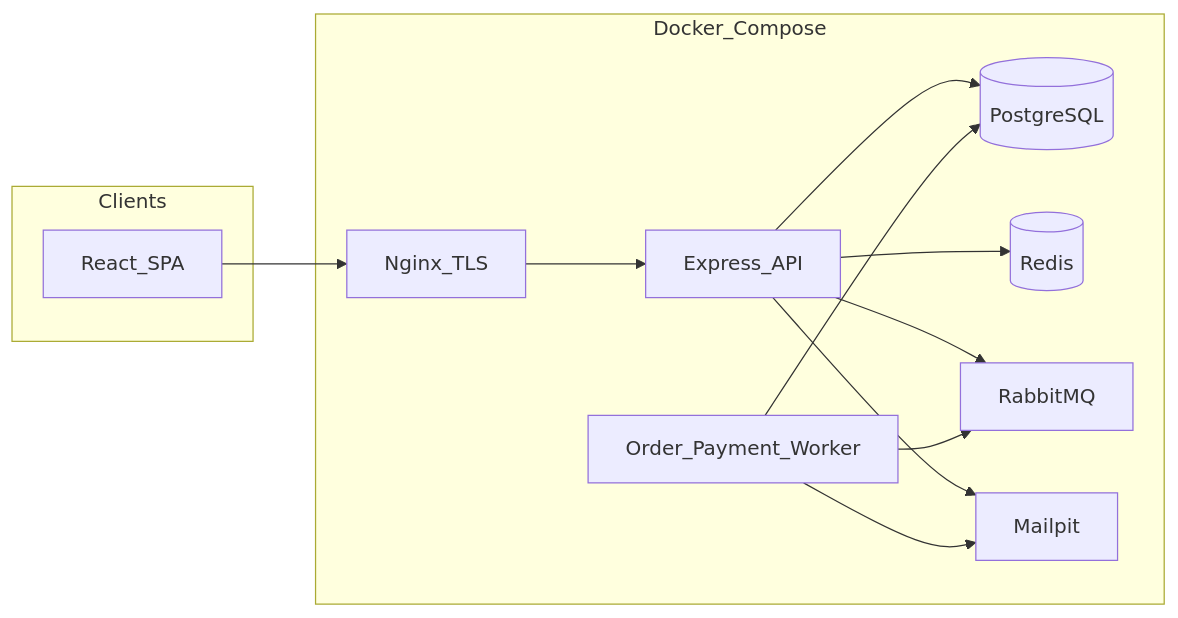
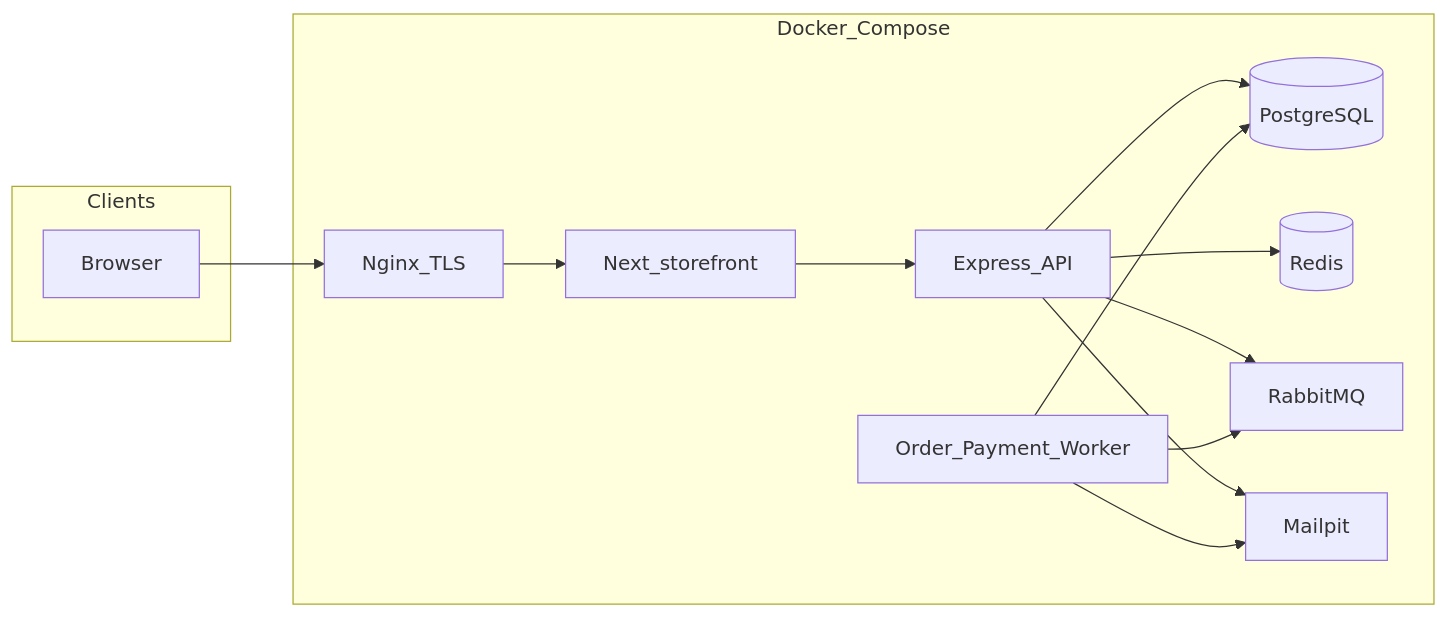
Before and after one commit to AlluFI/webshop: the first of 5 diagrams in PROJECT_MASTER_PLAN.md, drawn with Mermaid. The commit also changed other lines of this file and 96 other files, not shown here.

````diff
--- a/PROJECT_MASTER_PLAN.md
+++ b/PROJECT_MASTER_PLAN.md
@@ -71,24 +71,26 @@
 ```mermaid
 flowchart LR
   subgraph clients [Clients]
-    Web[React_SPA]
+    Browser[Browser]
   end
   subgraph docker [Docker_Compose]
     Nginx[Nginx_TLS]
+    Web[Next_storefront]
     Api[Express_API]
     Worker[Order_Payment_Worker]
     Pg[(PostgreSQL)]
     Redis[(Redis)]
     Mq[RabbitMQ]
     Mail[Mailpit]
   end
-  Web --> Nginx
-  Nginx --> Api
+  Browser --> Nginx
+  Nginx --> Web
+  Web --> Api
   Api --> Pg
   Api --> Redis
   Api --> Mq
   Api --> Mail
   Worker --> Mq
   Worker --> Pg
   Worker --> Mail
 ```
````
